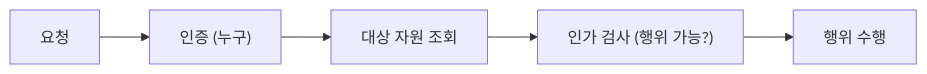
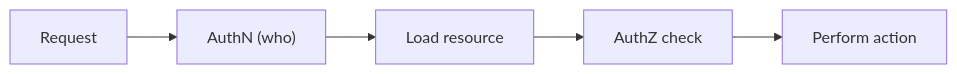
Before and after one commit to yeongseon-books/book-content: the diagram in content/secure-coding-101/ko/04-authorization-and-permissions.md, drawn with Mermaid. The commit also changed other lines of this file and 9 other files, not shown here.

````diff
--- a/content/secure-coding-101/ko/04-authorization-and-permissions.md
+++ b/content/secure-coding-101/ko/04-authorization-and-permissions.md
@@ -35,7 +49,7 @@
 ```mermaid
 flowchart LR
-    Request["요청"] --> AuthN["인증 (누구)"]
-    AuthN --> Resource["대상 자원 조회"]
-    Resource --> AuthZ["인가 검사 (행위 가능?)"]
-    AuthZ --> Action["행위 수행"]
+    Request["Request"] --> AuthN["AuthN (who)"]
+    AuthN --> Resource["Load resource"]
+    Resource --> AuthZ["AuthZ check"]
+    AuthZ --> Action["Perform action"]
 ```
````
